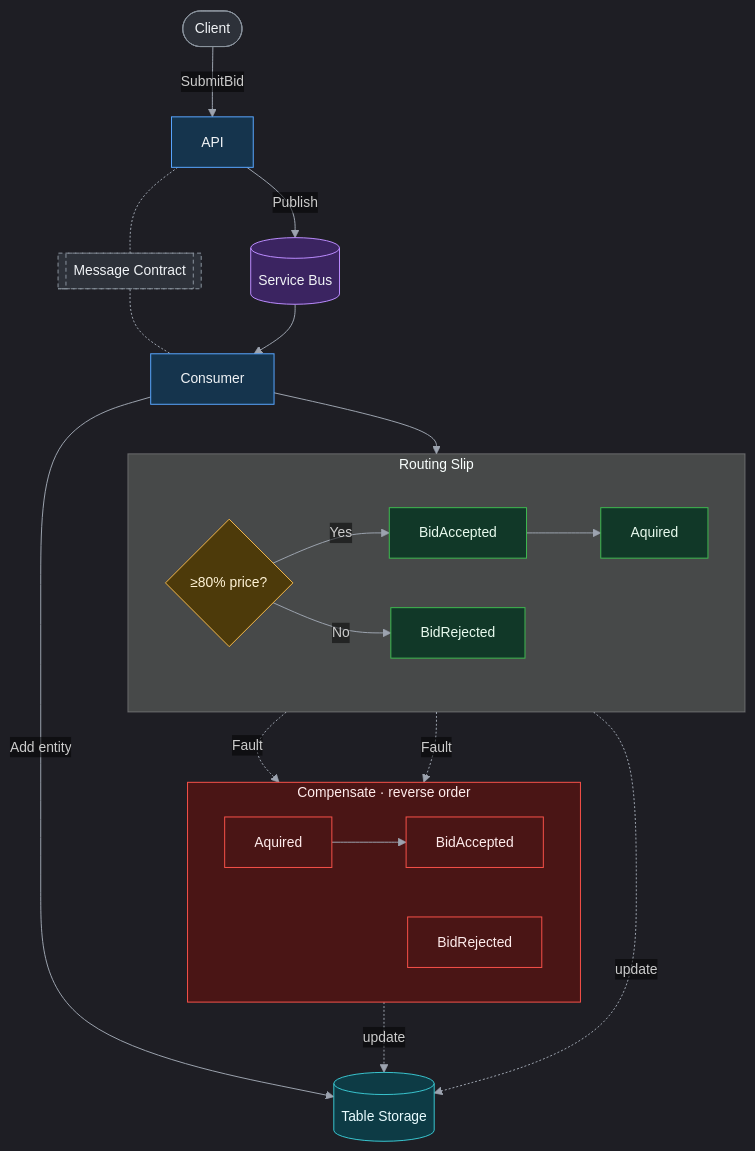
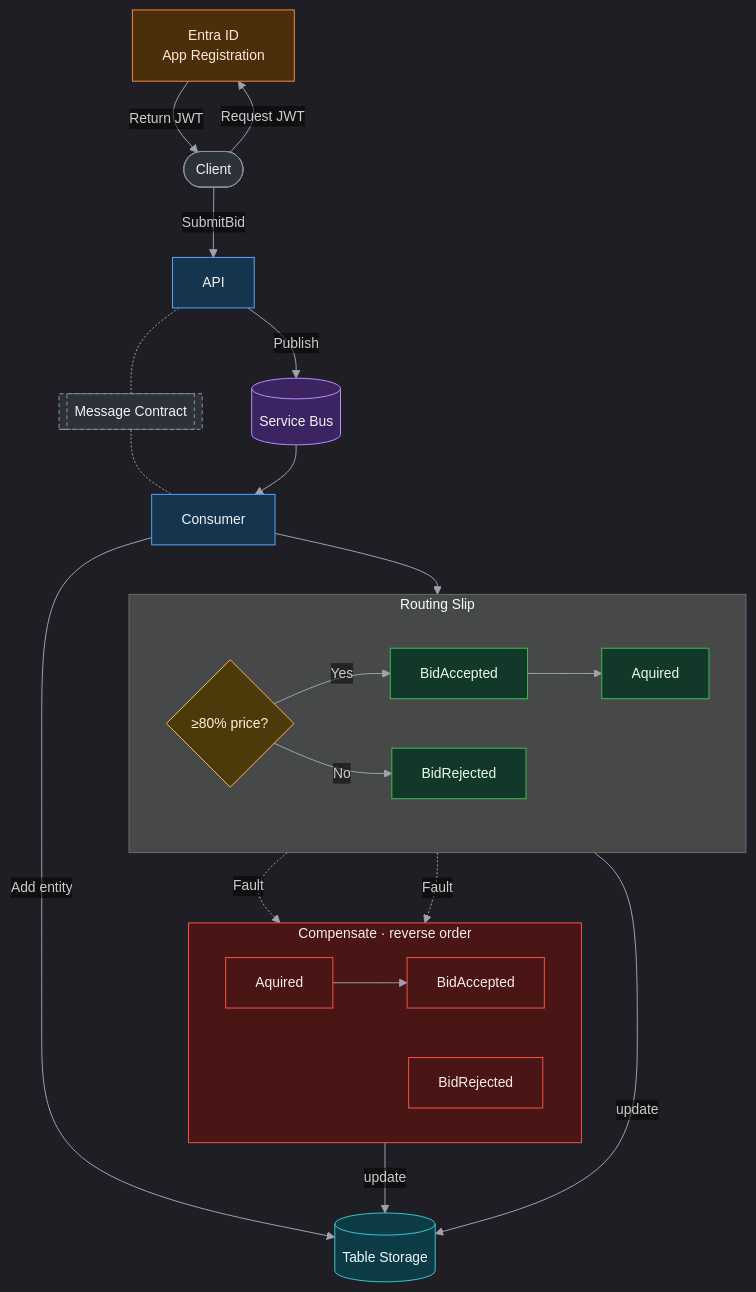
Before and after one commit to AbuSuudy/ArtAuction: the first of 3 diagrams in README.md, drawn with Mermaid.

Commit message:
Update mermaid diagram,

````diff
--- a/README.md
+++ b/README.md
@@ -5,63 +5,68 @@
 ```mermaid
 %%{init: {
   "theme": "dark",
   "themeVariables": {
     "darkMode": true,
     "background": "transparent",
     "primaryColor": "#1f2937",
     "primaryTextColor": "#e5e7eb",
     "primaryBorderColor": "#4b5563",
     "lineColor": "#9ca3af",
     "secondaryColor": "#111827",
     "tertiaryColor": "#111827",
     "edgeLabelBackground": "transparent",
     "fontSize": "14px"
   }
 }}%%
 flowchart TB
-    Client([Client]) -->|SubmitBid| API[API]
+    IdP[Entra ID<br/>App Registration]
+    Client([Client]) -->|Request JWT| IdP
+    IdP -->|Return JWT| Client
+    Client -->|SubmitBid| API[API]
     API -->|Publish| SB[(Service Bus)]
 
     Contract[["Message Contract"]]
     API -.- Contract
     Contract -.- Consumer[Consumer]
 
     SB --> Consumer
     Consumer -->|Add entity| Table[(Table Storage)]
     Consumer --> RS{"≥80% price?"}
 
     subgraph Activities["Routing Slip"]
         direction LR
         RS -->|Yes| BA[BidAccepted] --> AQ[Aquired]
         RS -->|No| BR[BidRejected]
     end
 
     subgraph Comp["Compensate · reverse order"]
         direction LR
         CAQ[Aquired] --> CBA[BidAccepted]
         CBR[BidRejected]
     end
 
     AQ -. Fault .-> Comp
     BR -. Fault .-> Comp
-    Activities -.->|update| Table
-    Comp -.->|update| Table
+    Activities -->|update| Table
+    Comp -->|update| Table
 
     classDef entry fill:#2d3139,stroke:#8b949e,color:#f0f3f6
     classDef svc fill:#15344d,stroke:#58a6ff,color:#f0f3f6
     classDef broker fill:#3b2461,stroke:#bc8cff,color:#f0f3f6
     classDef decision fill:#4d3a0a,stroke:#f2b84b,color:#fff3d6
     classDef act fill:#113828,stroke:#3fb950,color:#e9fbef
     classDef store fill:#0d3b45,stroke:#39c5cf,color:#e9fcff
     classDef comp fill:#4a1515,stroke:#f85149,color:#ffecec
     classDef shared fill:#2d3139,stroke:#8b949e,stroke-dasharray:4 3,color:#f0f3f6
+    classDef idp fill:#4a2f0a,stroke:#f0883e,color:#ffe9d6
 
     class Client entry
     class API,Consumer svc
     class SB broker
     class RS decision
     class BA,AQ,BR act
     class Table store
     class Comp,CAQ,CBA,CBR comp
     class Contract shared
+    class IdP idp
 ```
````
